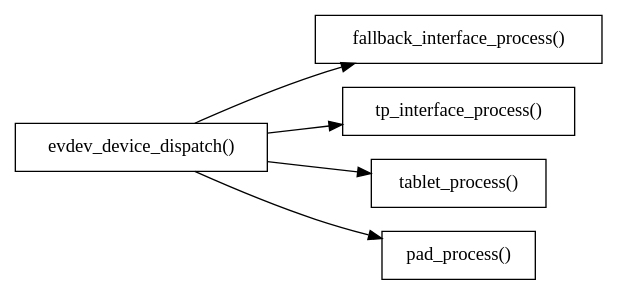
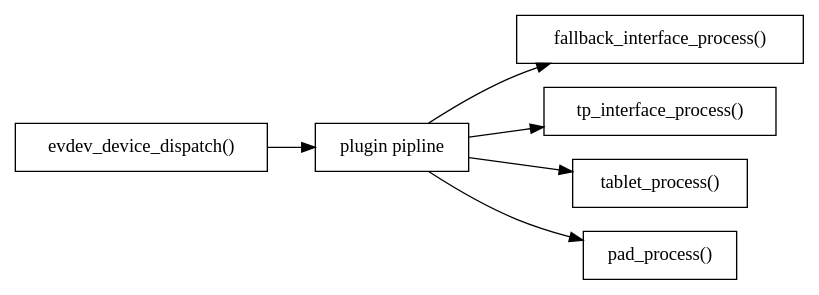
One commit to sizeofvoid/libopeninput changed the fifth of 10 diagrams in doc/user/architecture.rst. Above: the diagram before and after it, drawn with Graphviz. The commit also changed other lines of this file, not shown here.

First line of the commit message:
doc/user: update architecture docs with the plugin pipeline

```diff
--- a/doc/user/architecture.rst
+++ b/doc/user/architecture.rst
@@ -184,23 +189,25 @@
 .. graphviz::
-
 
     digraph context
     {
       compound=true;
       rankdir="LR";
       node [
         shape="box";
       ]
 
       evdev [label="evdev_device_dispatch()"]
 
+      plugins [label="plugin pipline"]
+
       fallback [label="fallback_interface_process()"];
       touchpad [label="tp_interface_process()"]
       tablet [label="tablet_process()"]
       pad [label="pad_process()"]
 
-      evdev -> fallback;
-      evdev -> touchpad;
-      evdev -> tablet;
-      evdev -> pad;
+      evdev -> plugins;
+      plugins -> fallback;
+      plugins -> touchpad;
+      plugins -> tablet;
+      plugins -> pad;
     }
```
